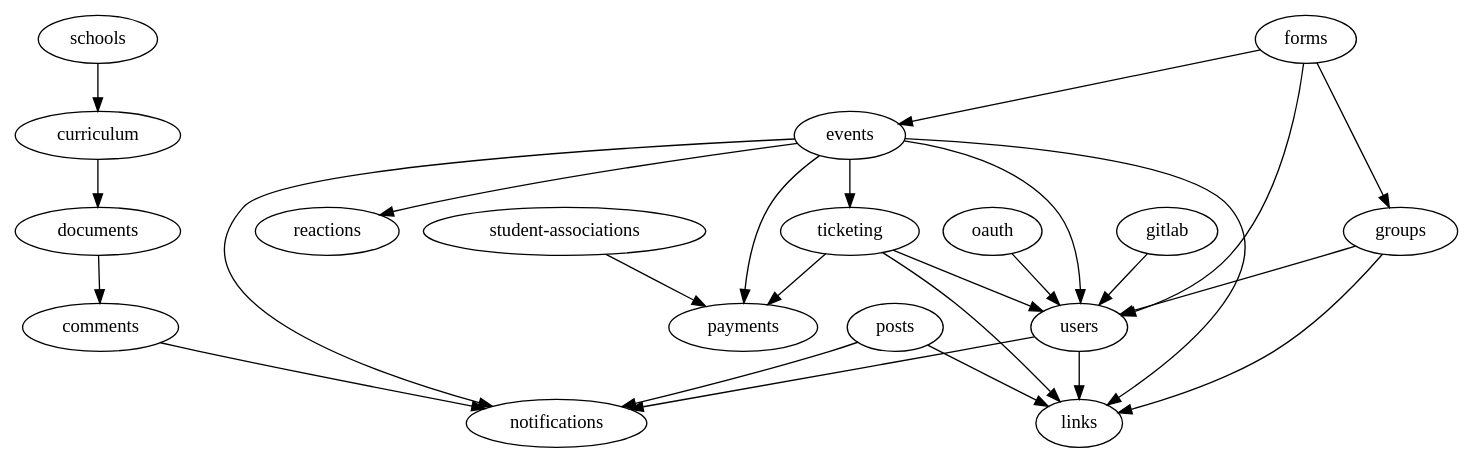
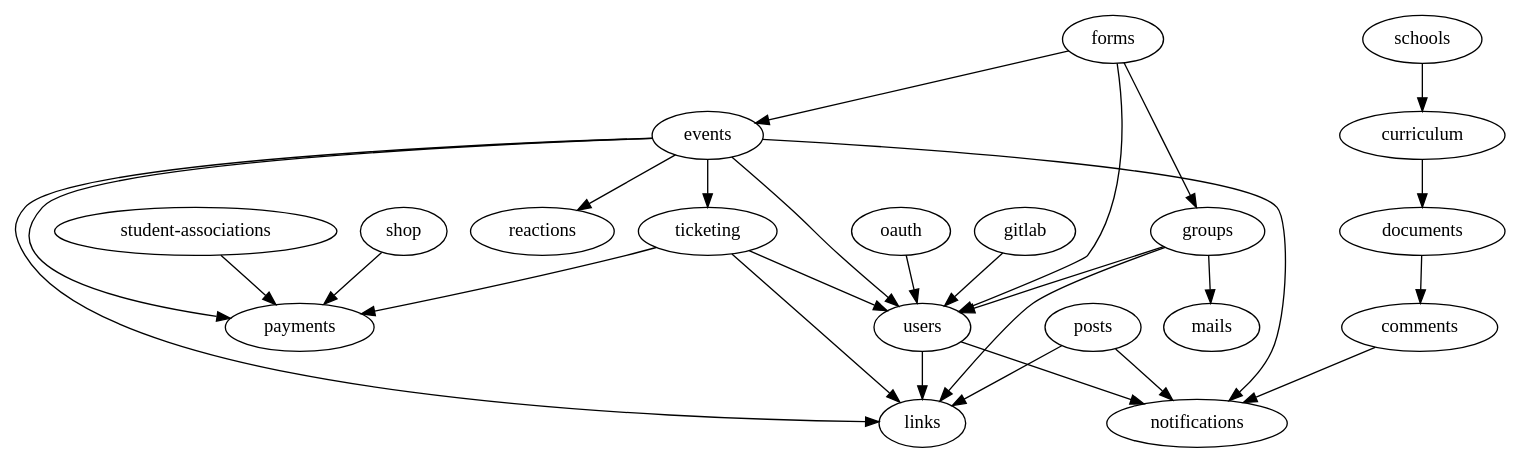
The diagram in packages/api/scripts/modules-import-graph.dot (inp-net/churros), drawn with Graphviz before and after one commit. The commit also changed 18 other files, not shown here.

```diff
--- a/packages/api/scripts/modules-import-graph.dot
+++ b/packages/api/scripts/modules-import-graph.dot
@@ -1,27 +1,29 @@
 strict digraph ImportGraph {
     "comments" -> "notifications";
     "curriculum" -> "documents";
     "documents" -> "comments";
     "events" -> "ticketing";
     "events" -> "notifications";
     "events" -> "users";
     "events" -> "payments";
     "events" -> "reactions";
     "events" -> "links";
+    "forms" -> "groups";
     "forms" -> "users";
-    "forms" -> "groups";
     "forms" -> "events";
     "gitlab" -> "users";
     "groups" -> "links";
+    "groups" -> "mails";
     "groups" -> "users";
     "oauth" -> "users";
     "posts" -> "notifications";
     "posts" -> "links";
     "schools" -> "curriculum";
+    "shop" -> "payments";
     "student-associations" -> "payments";
     "ticketing" -> "payments";
     "ticketing" -> "links";
     "ticketing" -> "users";
     "users" -> "notifications";
     "users" -> "links";
 }
```
